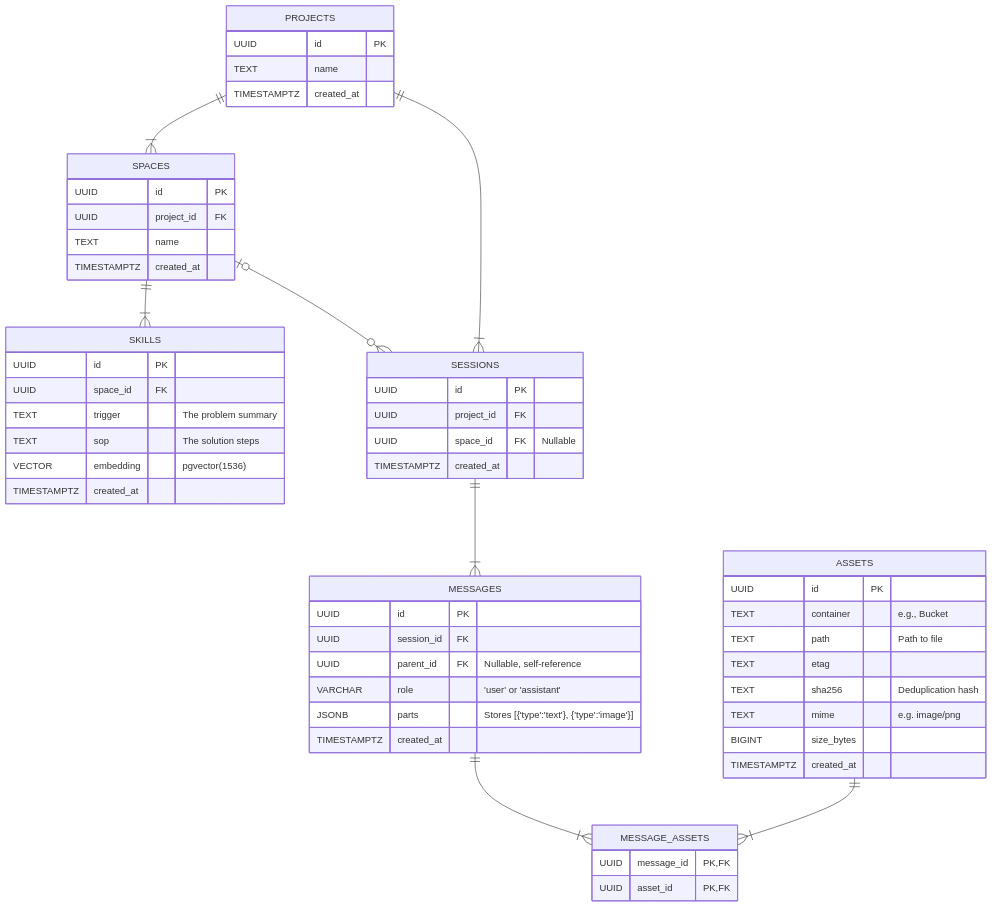
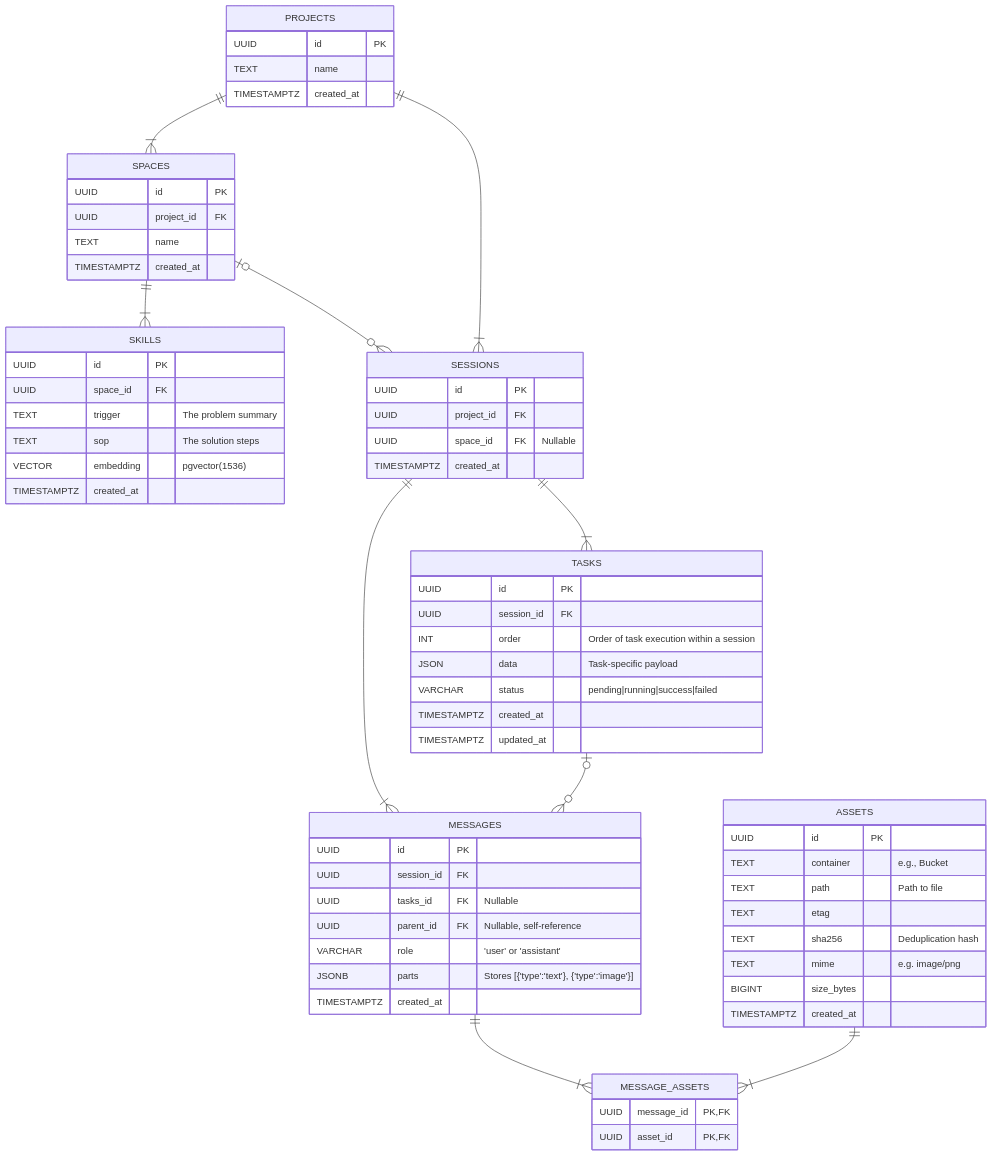
The second of 2 diagrams in README.md (w-h-a/gomento), drawn with Mermaid before and after one commit. The commit also changed other lines of this file, not shown here.

````diff
--- a/README.md
+++ b/README.md
@@ -67,67 +70,81 @@
 ```mermaid
 erDiagram
     PROJECTS {
         UUID id PK
         TEXT name
         TIMESTAMPTZ created_at
     }
 
     SPACES {
         UUID id PK
         UUID project_id FK
         TEXT name
         TIMESTAMPTZ created_at
     }
 
     SKILLS {
         UUID id PK
         UUID space_id FK
         TEXT trigger "The problem summary"
         TEXT sop "The solution steps"
         VECTOR embedding "pgvector(1536)"
         TIMESTAMPTZ created_at
     }
 
     SESSIONS {
         UUID id PK
         UUID project_id FK
         UUID space_id FK "Nullable"
         TIMESTAMPTZ created_at
     }
 
+    TASKS {
+        UUID id PK
+        UUID session_id FK
+        INT order "Order of task execution within a session"
+        JSON data "Task-specific payload"
+        VARCHAR status "pending|running|success|failed"
+        TIMESTAMPTZ created_at
+        TIMESTAMPTZ updated_at
+    }
+
     MESSAGES {
         UUID id PK
         UUID session_id FK
+        UUID tasks_id FK "Nullable"
         UUID parent_id FK "Nullable, self-reference"
         VARCHAR role "'user' or 'assistant'"
         JSONB parts "Stores [{'type':'text'}, {'type':'image'}]"
         TIMESTAMPTZ created_at
     }
 
     ASSETS {
         UUID id PK
         TEXT container "e.g., Bucket"
         TEXT path "Path to file"
         TEXT etag
         TEXT sha256 "Deduplication hash"
         TEXT mime "e.g. image/png"
         BIGINT size_bytes
         TIMESTAMPTZ created_at
     }
 
     MESSAGE_ASSETS {
         UUID message_id PK, FK
         UUID asset_id PK, FK
     }
 
     PROJECTS ||--|{ SPACES : ""
     PROJECTS ||--|{ SESSIONS : ""
     
     SPACES ||--|{ SKILLS : ""
     SPACES |o--o{ SESSIONS : ""
     
     SESSIONS ||--|{ MESSAGES : ""
+    SESSIONS ||--|{ TASKS : ""
+
+    TASKS |o--o{ MESSAGES : ""
 
     MESSAGES ||--|{ MESSAGE_ASSETS : ""
     ASSETS ||--|{ MESSAGE_ASSETS : ""
 ```
````
